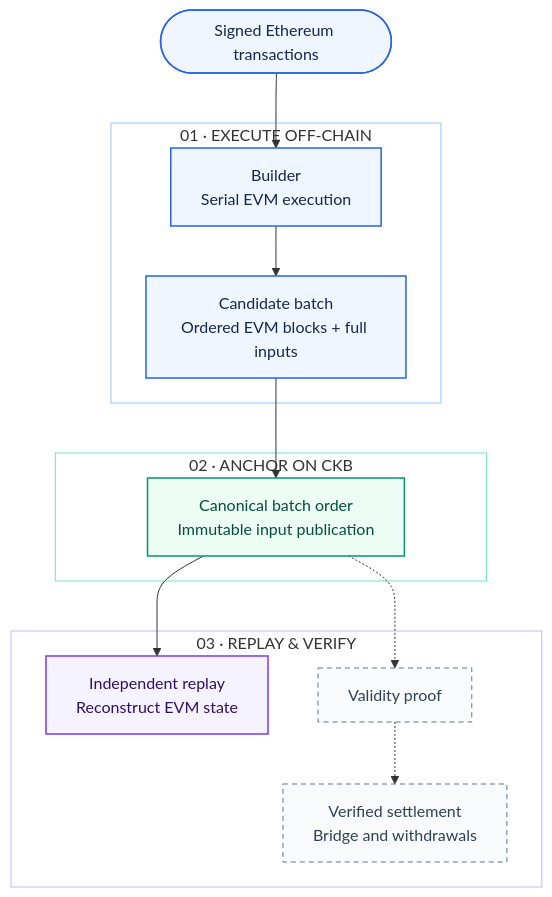
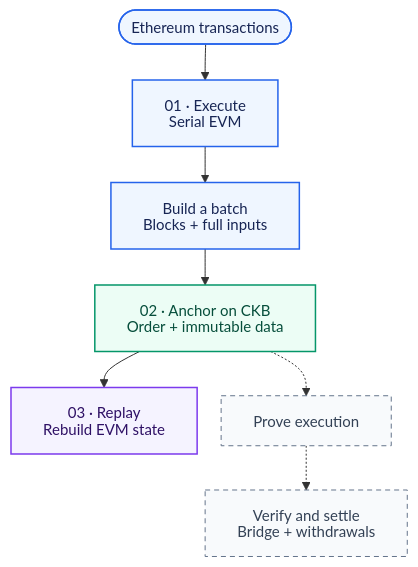
One commit to Tactus-Labs/tactus changed the first of 2 diagrams in README.md. Above: the diagram before and after it, drawn with Mermaid. The commit also changed other lines of this file, not shown here.

Commit message:
docs: prevent Mermaid label overflow in README

````diff
--- a/README.md
+++ b/README.md
@@ -30,38 +30,28 @@
 ```mermaid
+%%{init: {"htmlLabels": false, "flowchart": {"htmlLabels": false, "nodeSpacing": 24, "rankSpacing": 36, "padding": 16}, "themeVariables": {"fontFamily": "Arial, sans-serif", "fontSize": "15px"}}}%%
 flowchart TB
-    tx(["Signed Ethereum transactions"])
+    tx(["Ethereum transactions"])
+    builder["01 · Execute<br/>Serial EVM"]
+    batch["Build a batch<br/>Blocks + full inputs"]
+    anchor["02 · Anchor on CKB<br/>Order + immutable data"]
+    replay["03 · Replay<br/>Rebuild EVM state"]
+    proof["Prove execution"]
+    settlement["Verify and settle<br/>Bridge + withdrawals"]
 
-    subgraph execution["01 · EXECUTE OFF-CHAIN"]
-        builder["Builder<br/>Serial EVM execution"]
-        batch["Candidate batch<br/>Ordered EVM blocks + full inputs"]
-        builder --> batch
-    end
-
-    subgraph ckb["02 · ANCHOR ON CKB"]
-        anchor["Canonical batch order<br/>Immutable input publication"]
-    end
-
-    subgraph verification["03 · REPLAY & VERIFY"]
-        replay["Independent replay<br/>Reconstruct EVM state"]
-        proof["Validity proof"]
-        settlement["Verified settlement<br/>Bridge and withdrawals"]
-    end
+    builder --> batch
 
     tx --> builder
     batch --> anchor
     anchor --> replay
     anchor -.-> proof
     proof -.-> settlement
 
     classDef evm fill:#eff6ff,stroke:#2563eb,color:#172554,stroke-width:1.5px
     classDef chain fill:#ecfdf5,stroke:#059669,color:#064e3b,stroke-width:1.5px
     classDef recovery fill:#f5f3ff,stroke:#7c3aed,color:#2e1065,stroke-width:1.5px
     classDef future fill:#f8fafc,stroke:#64748b,color:#334155,stroke-dasharray:5 4
     class tx,builder,batch evm
     class anchor chain
     class replay recovery
     class proof,settlement future
-    style execution fill:transparent,stroke:#93c5fd
-    style ckb fill:transparent,stroke:#6ee7b7
-    style verification fill:transparent,stroke:#c4b5fd
 ```
````
